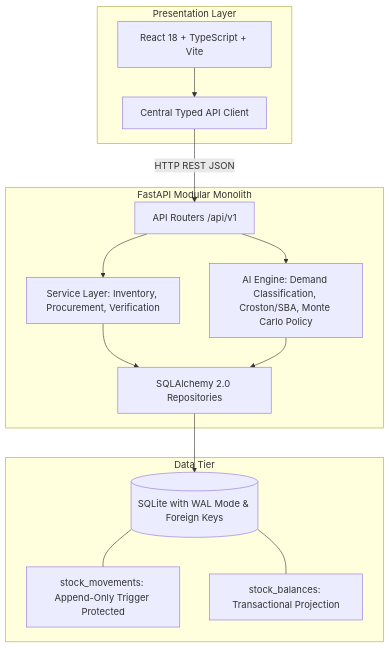
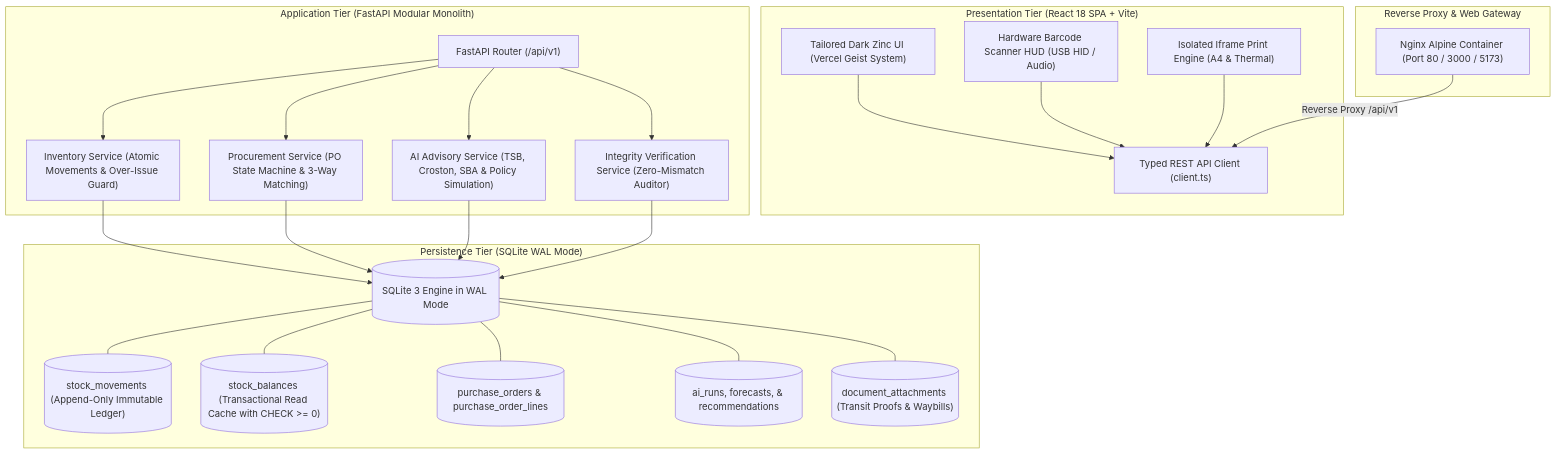
The diagram in README.md (Mohamed-Noufal/StockSense-inventory-management-system-), drawn with Mermaid before and after one commit. The commit also changed other lines of this file and 10 other files, not shown here.

````diff
--- a/README.md
+++ b/README.md
@@ -32,30 +71,49 @@
 ```mermaid
 flowchart TB
-    subgraph Client [Presentation Layer]
-        UI[React 18 + TypeScript + Vite]
-        RC[Central Typed API Client]
-        UI --> RC
+    subgraph Presentation ["Presentation Tier (React 18 SPA + Vite)"]
+        UI["Tailored Dark Zinc UI (Vercel Geist System)"]
+        Scanner["Hardware Barcode Scanner HUD (USB HID / Audio)"]
+        PrintEngine["Isolated Iframe Print Engine (A4 & Thermal)"]
+        APIClient["Typed REST API Client (client.ts)"]
+        UI --> APIClient
+        Scanner --> APIClient
+        PrintEngine --> APIClient
     end
 
-    subgraph Server [FastAPI Modular Monolith]
-        Router[API Routers /api/v1]
-        Service[Service Layer: Inventory, Procurement, Verification]
-        AI[AI Engine: Demand Classification, Croston/SBA, Monte Carlo Policy]
-        ORM[SQLAlchemy 2.0 Repositories]
-        
-        RC -->|HTTP REST JSON| Router
-        Router --> Service
-        Router --> AI
-        Service --> ORM
-        AI --> ORM
+    subgraph Gateway ["Reverse Proxy & Web Gateway"]
+        Nginx["Nginx Alpine Container (Port 80 / 3000 / 5173)"]
+        Nginx -->|Reverse Proxy /api/v1| APIClient
     end
 
-    subgraph Persistence [Data Tier]
-        DB[(SQLite with WAL Mode & Foreign Keys)]
-        Ledger[stock_movements: Append-Only Trigger Protected]
-        Balances[stock_balances: Transactional Projection]
-        ORM --> DB
+    subgraph ServiceLayer ["Application Tier (FastAPI Modular Monolith)"]
+        Router["FastAPI Router (/api/v1)"]
+        InvService["Inventory Service (Atomic Movements & Over-Issue Guard)"]
+        ProcService["Procurement Service (PO State Machine & 3-Way Matching)"]
+        AIService["AI Advisory Service (TSB, Croston, SBA & Policy Simulation)"]
+        IntegService["Integrity Verification Service (Zero-Mismatch Auditor)"]
+        
+        Router --> InvService
+        Router --> ProcService
+        Router --> AIService
+        Router --> IntegService
+    end
+
+    subgraph Persistence ["Persistence Tier (SQLite WAL Mode)"]
+        DB[(SQLite 3 Engine in WAL Mode)]
+        Ledger[("stock_movements (Append-Only Immutable Ledger)")]
+        Balances[("stock_balances (Transactional Read Cache with CHECK >= 0)")]
+        PO[("purchase_orders & purchase_order_lines")]
+        AIRec[("ai_runs, forecasts, & recommendations")]
+        Attachments[("document_attachments (Transit Proofs & Waybills)")]
+        
+        InvService --> DB
+        ProcService --> DB
+        AIService --> DB
+        IntegService --> DB
         DB --- Ledger
         DB --- Balances
+        DB --- PO
+        DB --- AIRec
+        DB --- Attachments
     end
 ```
````
